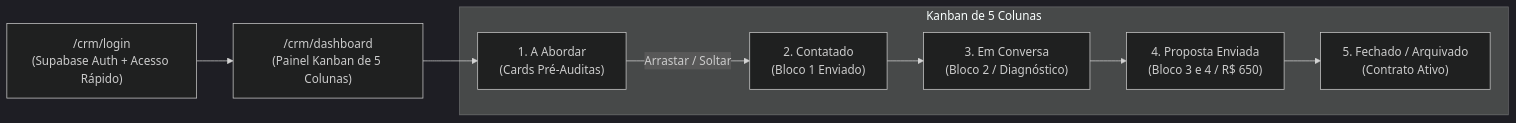
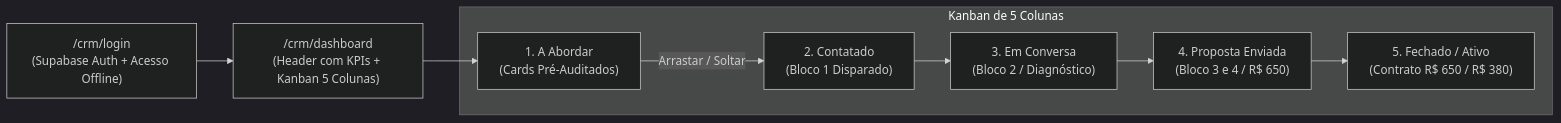
The first of 2 diagrams in cofre-leonardo-brasil/4. Prospecção, Método e Framework/Sistema CRM Local e Manual Operacional.md (leoferrazdev/leonardo-brasil), drawn with Mermaid (dark theme) before and after one commit. The commit also changed other lines of this file and 11 other files, not shown here.

````diff
--- a/cofre-leonardo-brasil/4. Prospecção, Método e Framework/Sistema CRM Local e Manual Operacional.md
+++ b/cofre-leonardo-brasil/4. Prospecção, Método e Framework/Sistema CRM Local e Manual Operacional.md
@@ -21,18 +23,18 @@
 ```mermaid
 flowchart LR
-    L["/crm/login<br>(Supabase Auth + Acesso Rápido)"] --> D["/crm/dashboard<br>(Painel Kanban de 5 Colunas)"]
+    L["/crm/login<br>(Supabase Auth + Acesso Offline)"] --> D["/crm/dashboard<br>(Header com KPIs + Kanban 5 Colunas)"]
     
     subgraph Kanban de 5 Colunas
-        C1["1. A Abordar<br>(Cards Pré-Auditas)"]
-        C2["2. Contatado<br>(Bloco 1 Enviado)"]
+        C1["1. A Abordar<br>(Cards Pré-Auditados)"]
+        C2["2. Contatado<br>(Bloco 1 Disparado)"]
         C3["3. Em Conversa<br>(Bloco 2 / Diagnóstico)"]
         C4["4. Proposta Enviada<br>(Bloco 3 e 4 / R$ 650)"]
-        C5["5. Fechado / Arquivado<br>(Contrato Ativo)"]
+        C5["5. Fechado / Ativo<br>(Contrato R$ 650 / R$ 380)"]
     end
     
     D --> C1
     C1 -->|Arrastar / Soltar| C2
     C2 --> C3
     C3 --> C4
     C4 --> C5
 ```
````
